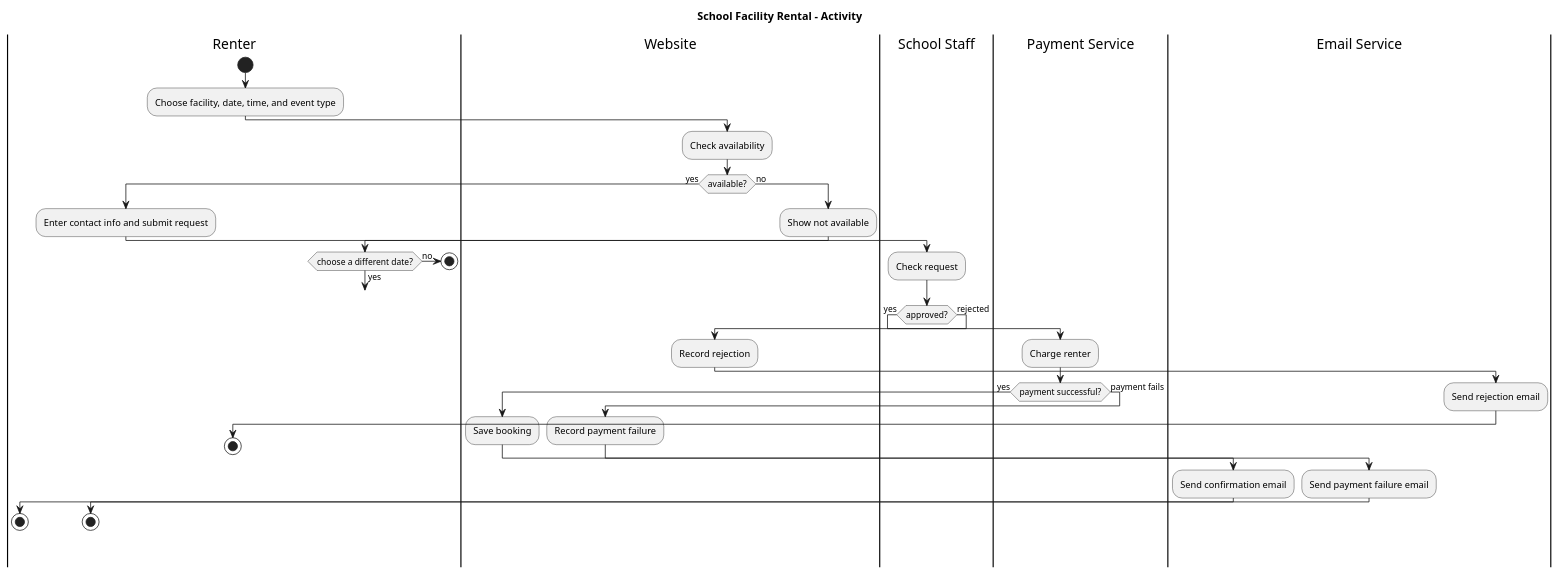
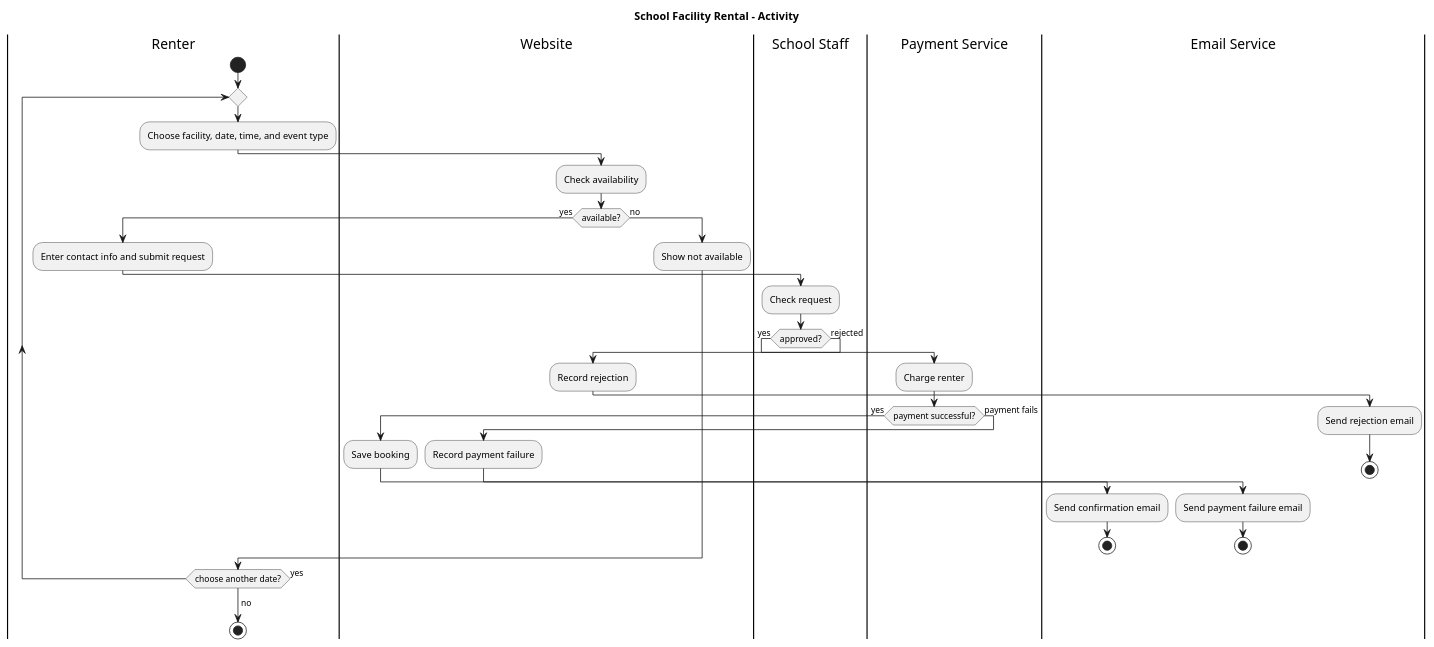
The diagram in HW 6/HW6-Activity.puml (Maebueng/CS3560-HW6-UML2), drawn with PlantUML before and after one commit. The commit also changed 1 other file, not shown here.

Commit message:
Updated Activity diagram and finished Sequence diagrams

```diff
--- a/HW 6/HW6-Activity.puml
+++ b/HW 6/HW6-Activity.puml
@@ -1,63 +1,59 @@
 @startuml
 title School Facility Rental - Activity
 
 |Renter|
 start
-:Choose facility, date, time, and event type;
 
-|Website|
-:Check availability;
-if (available?) then (yes)
-    |Renter|
-    :Enter contact info and submit request;
+repeat
+    :Choose facility, date, time, and event type;
 
-    |School Staff|
-    :Check request;
+    |Website|
+    :Check availability;
+    
+    if (available?) then (yes)
+        |Renter|
+        :Enter contact info and submit request;
 
-    if (approved?) then (yes)
-        |Payment Service|
-        :Charge renter;
+        |School Staff|
+        :Check request;
 
-        if(payment successful?) then (yes)
+        if (approved?) then (yes)
+            |Payment Service|
+            :Charge renter;
+
+            if(payment successful?) then (yes)
+                |Website|
+                :Save booking;
+
+                |Email Service|
+                :Send confirmation email;
+                stop
+            else(payment fails)
+                |Website|
+                :Record payment failure;
+
+                |Email Service|
+                :Send payment failure email;
+                stop
+            endif
+        else(rejected)
             |Website|
-            :Save booking;
+            :Record rejection;
 
             |Email Service|
-            :Send confirmation email;
-
-            |Renter|
-            stop
-        else(payment fails)
-            |Website|
-            :Record payment failure;
-
-            |Email Service|
-            :Send payment failure email;
-
-            |Renter|
+            :Send rejection email;
             stop
         endif
-    
-    else(rejected)
+    else(no)
         |Website|
-        :Record rejection;
-
-        |Email Service|
-        :Send rejection email;
+        :Show not available;
 
         |Renter|
-        stop
     endif
-else(no)
-    |Website|
-    :Show not available;
+repeat while (choose another date?) is (yes)
+->no;
 
-    |Renter|
-    if (choose a different date?) then (yes)
-        goto start_over
-    else(no)
-        stop
-    endif
-endif
+|Renter|
+stop
 
 @enduml
```
